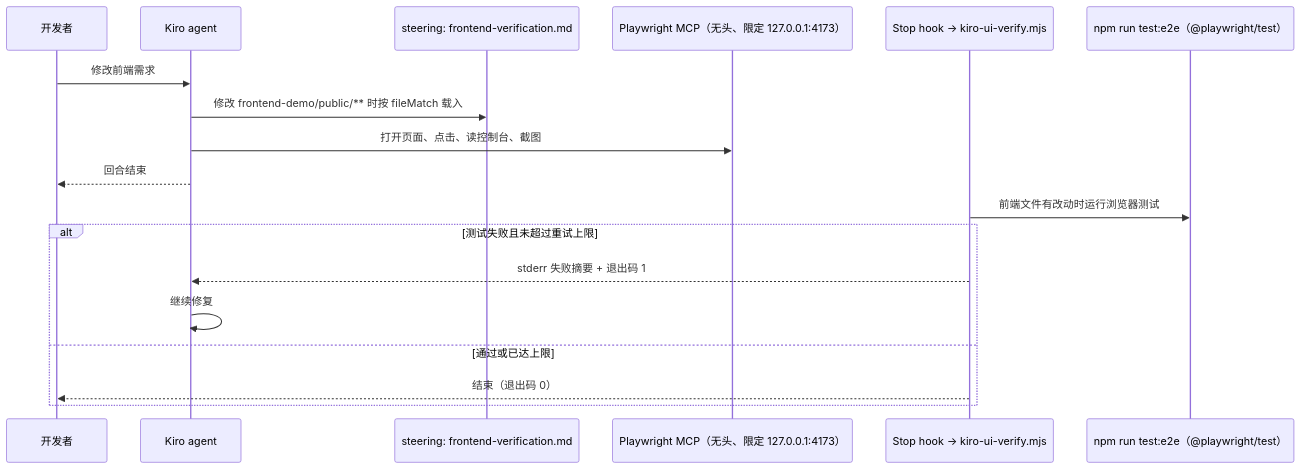
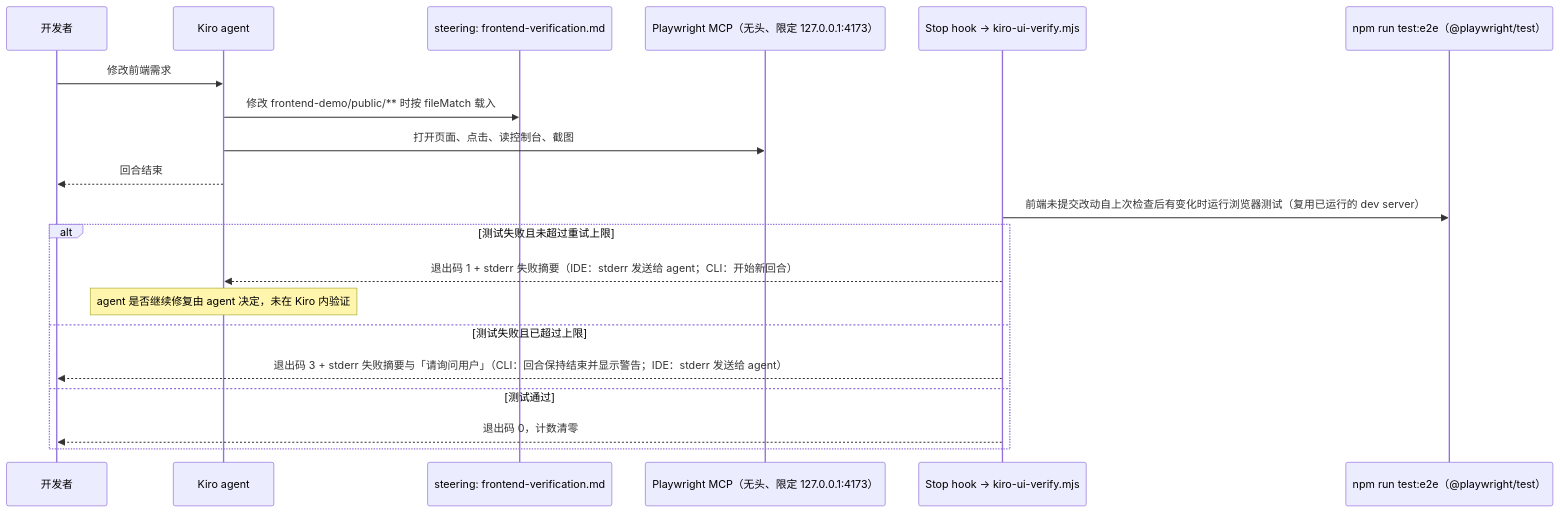
Before and after one commit to shaojiez202608/kiro-enterprise-adoption-playbook: the second of 2 diagrams in docs/architecture.md, drawn with Mermaid. The commit also changed other lines of this file and 11 other files, not shown here.

First line of the commit message:
fix(hook): reuse a running dev server and report the retry limit visibly

````diff
--- a/docs/architecture.md
+++ b/docs/architecture.md
@@ -43,20 +43,22 @@
 ```mermaid
 sequenceDiagram
     participant Dev as 开发者
     participant Agent as Kiro agent
     participant Steer as steering: frontend-verification.md
     participant MCP as Playwright MCP（无头、限定 127.0.0.1:4173）
     participant Hook as Stop hook → kiro-ui-verify.mjs
     participant Suite as npm run test:e2e（@playwright/test）
     Dev->>Agent: 修改前端需求
     Agent->>Steer: 修改 frontend-demo/public/** 时按 fileMatch 载入
     Agent->>MCP: 打开页面、点击、读控制台、截图
     Agent-->>Dev: 回合结束
-    Hook->>Suite: 前端文件有改动时运行浏览器测试
+    Hook->>Suite: 前端未提交改动自上次检查后有变化时运行浏览器测试（复用已运行的 dev server）
     alt 测试失败且未超过重试上限
-        Hook-->>Agent: stderr 失败摘要 + 退出码 1
-        Agent->>Agent: 继续修复
-    else 通过或已达上限
-        Hook-->>Dev: 结束（退出码 0）
+        Hook-->>Agent: 退出码 1 + stderr 失败摘要（IDE：stderr 发送给 agent；CLI：开始新回合）
+        Note over Agent: agent 是否继续修复由 agent 决定，未在 Kiro 内验证
+    else 测试失败且已超过上限
+        Hook-->>Dev: 退出码 3 + stderr 失败摘要与「请询问用户」（CLI：回合保持结束并显示警告；IDE：stderr 发送给 agent）
+    else 测试通过
+        Hook-->>Dev: 退出码 0，计数清零
     end
 ```
````
